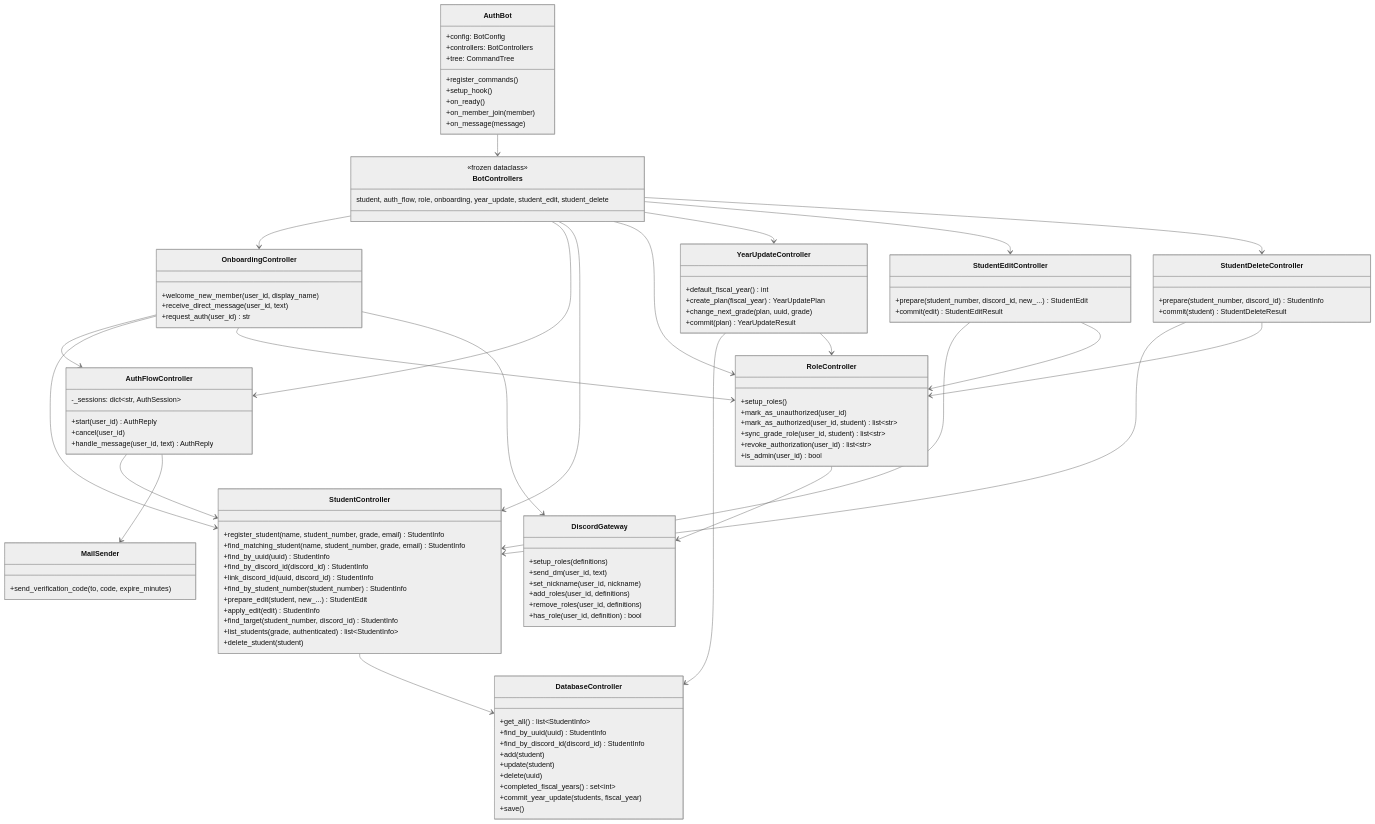
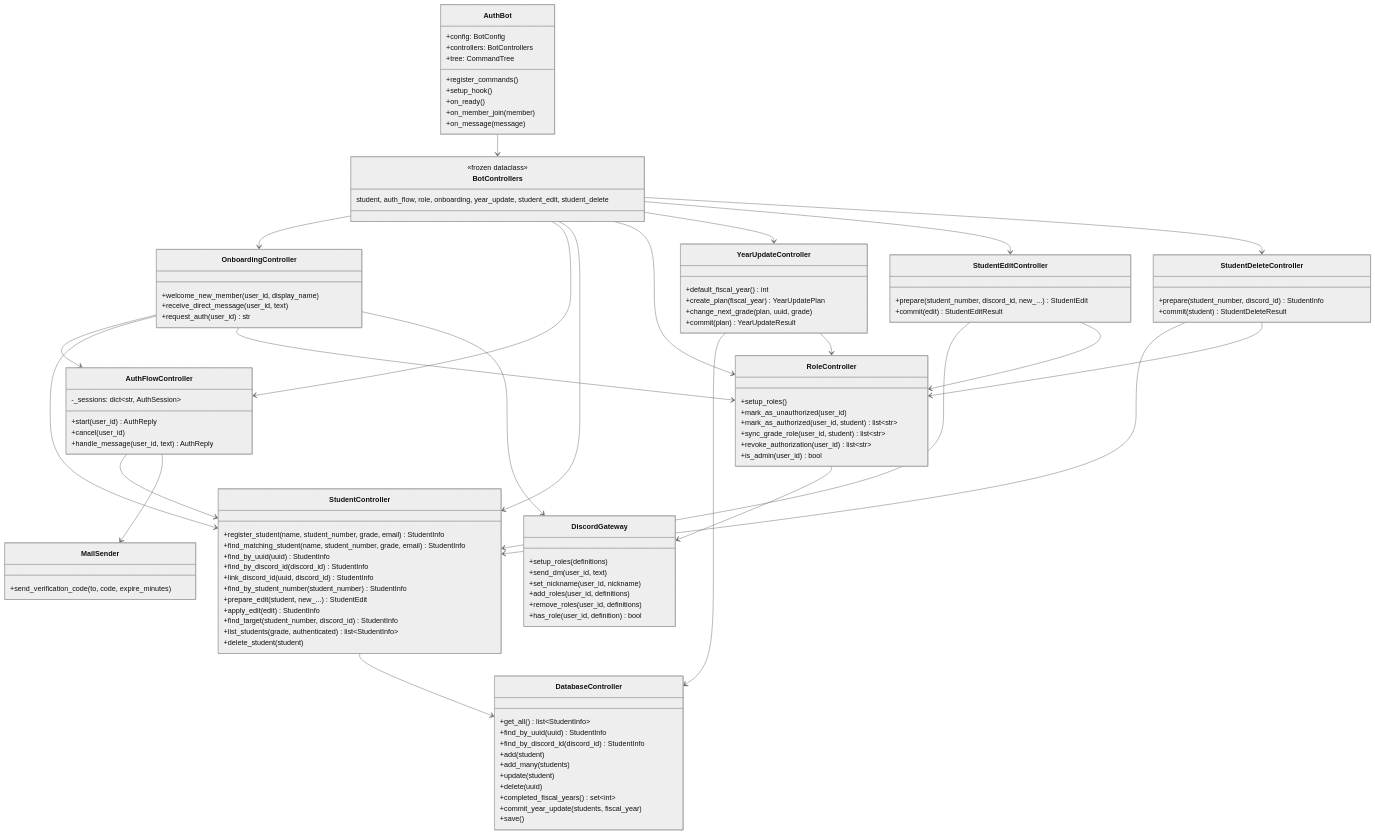
The first of 5 diagrams in docs/detailed_design.md (OhuchiLab/discord-authbot2), drawn with Mermaid (neutral theme) before and after one commit. The commit also changed other lines of this file and 23 other files, not shown here.

```diff
--- a/docs/detailed_design.md
+++ b/docs/detailed_design.md
@@ -177,6 +181,7 @@
         +find_by_uuid(uuid) StudentInfo
         +find_by_discord_id(discord_id) StudentInfo
         +add(student)
+        +add_many(students)
         +update(student)
         +delete(uuid)
         +completed_fiscal_years() set~int~
```
